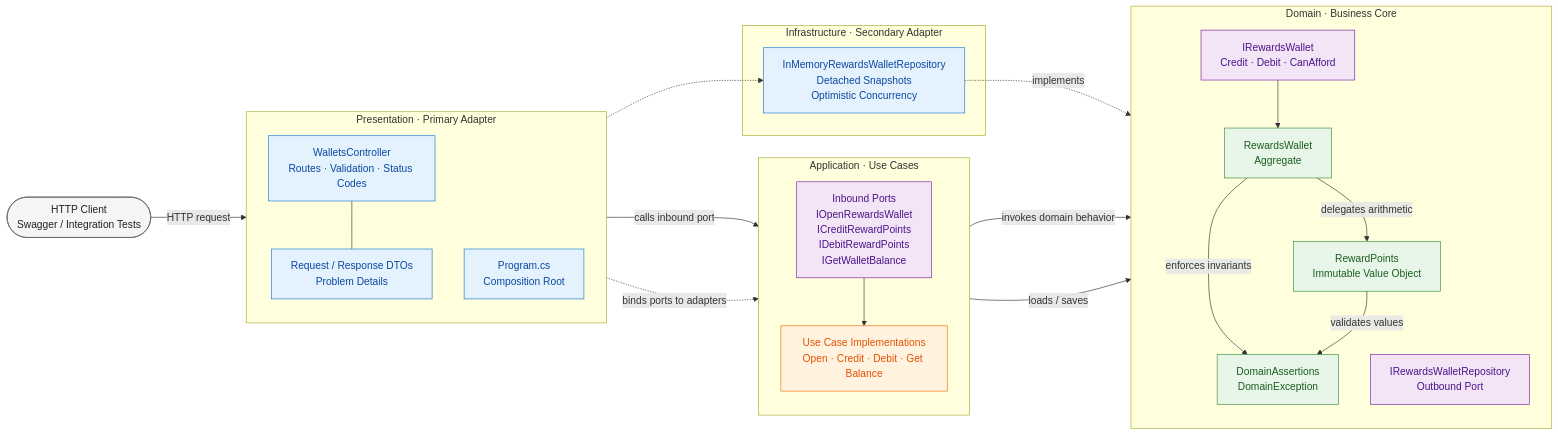
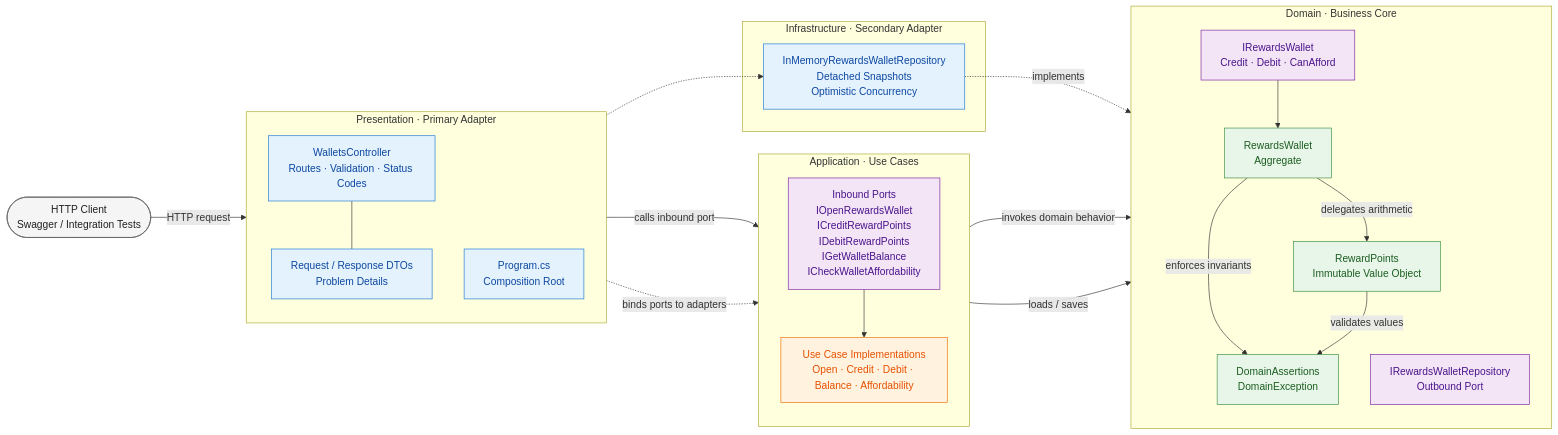
Before and after one commit to rfulgencio3/RewardFlow.SuppleDesign: the first of 2 diagrams in README.md, drawn with Mermaid. The commit also changed other lines of this file and 17 other files, not shown here.

````diff
--- a/README.md
+++ b/README.md
@@ -160,56 +161,56 @@
 ```mermaid
 flowchart LR
     Client([HTTP Client<br/>Swagger / Integration Tests])
 
     subgraph Presentation["Presentation · Primary Adapter"]
         direction TB
         Controller["WalletsController<br/>Routes · Validation · Status Codes"]
         DTOs["Request / Response DTOs<br/>Problem Details"]
         Composition["Program.cs<br/>Composition Root"]
         Controller --- DTOs
     end
 
     subgraph Application["Application · Use Cases"]
         direction TB
-        InboundPorts["Inbound Ports<br/>IOpenRewardsWallet<br/>ICreditRewardPoints<br/>IDebitRewardPoints<br/>IGetWalletBalance"]
-        UseCases["Use Case Implementations<br/>Open · Credit · Debit · Get Balance"]
+        InboundPorts["Inbound Ports<br/>IOpenRewardsWallet<br/>ICreditRewardPoints<br/>IDebitRewardPoints<br/>IGetWalletBalance<br/>ICheckWalletAffordability"]
+        UseCases["Use Case Implementations<br/>Open · Credit · Debit · Balance · Affordability"]
         InboundPorts --> UseCases
     end
 
     subgraph Domain["Domain · Business Core"]
         direction TB
         WalletPort["IRewardsWallet<br/>Credit · Debit · CanAfford"]
         Wallet["RewardsWallet<br/>Aggregate"]
         Points["RewardPoints<br/>Immutable Value Object"]
         Rules["DomainAssertions<br/>DomainException"]
         RepositoryPort["IRewardsWalletRepository<br/>Outbound Port"]
 
         WalletPort --> Wallet
         Wallet -->|delegates arithmetic| Points
         Wallet -->|enforces invariants| Rules
         Points -->|validates values| Rules
     end
 
     subgraph Infrastructure["Infrastructure · Secondary Adapter"]
         Repository["InMemoryRewardsWalletRepository<br/>Detached Snapshots<br/>Optimistic Concurrency"]
     end
 
     Client -->|HTTP request| Controller
     Controller -->|calls inbound port| InboundPorts
     UseCases -->|invokes domain behavior| WalletPort
     UseCases -->|loads / saves| RepositoryPort
     Repository -.->|implements| RepositoryPort
     Composition -.->|binds ports to adapters| InboundPorts
     Composition -.-> Repository
 
     classDef external fill:#f5f5f5,stroke:#616161,color:#212121
     classDef adapter fill:#e3f2fd,stroke:#1976d2,color:#0d47a1
     classDef application fill:#fff3e0,stroke:#ef6c00,color:#e65100
     classDef domain fill:#e8f5e9,stroke:#388e3c,color:#1b5e20
     classDef port fill:#f3e5f5,stroke:#7b1fa2,color:#4a148c
     class Client external
     class Controller,DTOs,Composition,Repository adapter
     class UseCases application
     class Wallet,Points,Rules domain
     class InboundPorts,WalletPort,RepositoryPort port
 ```
````
